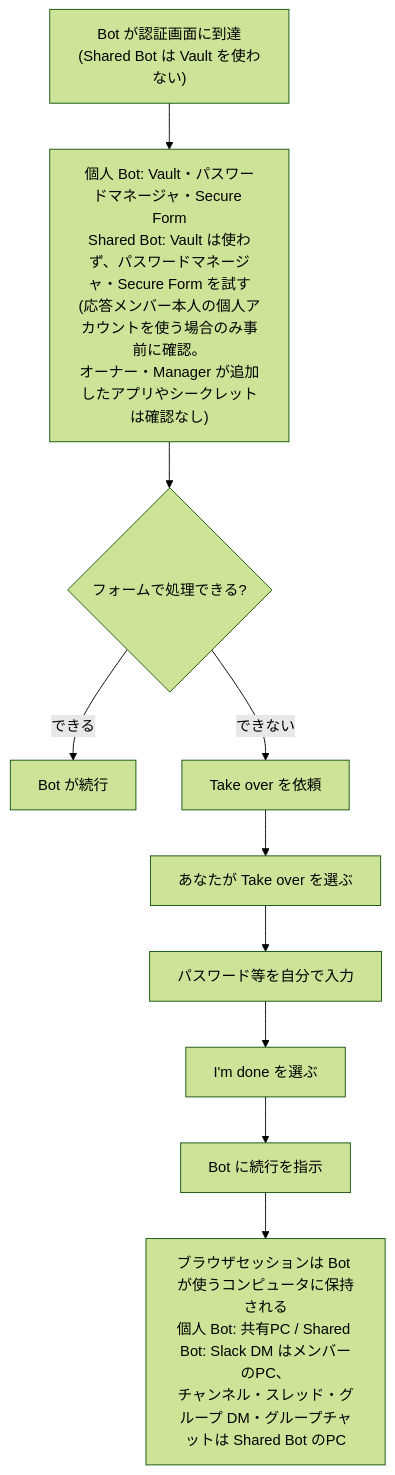
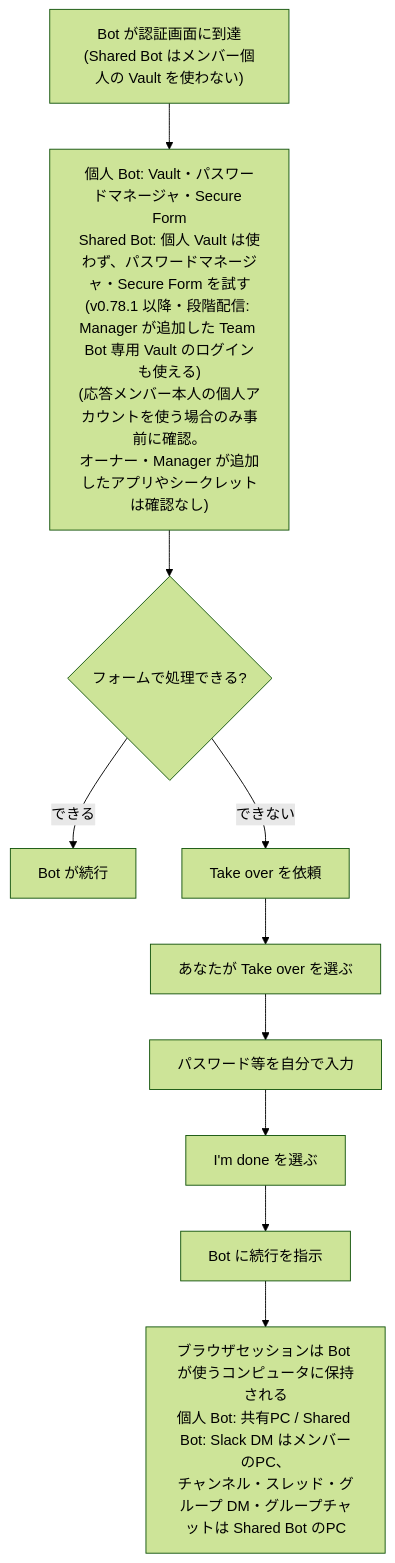
Before and after one commit to myoshi2891/Comparison-of-LLMs: the fifth of 11 diagrams in Xai-grok-bot-guide.md, drawn with Mermaid (forest theme). The commit also changed other lines of this file, not shown here.

First line of the commit message:
docs(xai): clarify shared memory scope and cite Team Bot Vault delivery status

````diff
--- a/Xai-grok-bot-guide.md
+++ b/Xai-grok-bot-guide.md
@@ -335,12 +335,12 @@
 ```mermaid
 flowchart TD
-    A["Bot が認証画面に到達<br/>(Shared Bot は Vault を使わない)"] --> V["個人 Bot: Vault・パスワードマネージャ・Secure Form<br/>Shared Bot: Vault は使わず、パスワードマネージャ・Secure Form を試す<br/>(応答メンバー本人の個人アカウントを使う場合のみ事前に確認。<br/>オーナー・Manager が追加したアプリやシークレットは確認なし)"]
+    A["Bot が認証画面に到達<br/>(Shared Bot はメンバー個人の Vault を使わない)"] --> V["個人 Bot: Vault・パスワードマネージャ・Secure Form<br/>Shared Bot: 個人 Vault は使わず、パスワードマネージャ・Secure Form を試す<br/>(v0.78.1 以降・段階配信: Manager が追加した Team Bot 専用 Vault のログインも使える)<br/>(応答メンバー本人の個人アカウントを使う場合のみ事前に確認。<br/>オーナー・Manager が追加したアプリやシークレットは確認なし)"]
     V --> Q{"フォームで処理できる?"}
     Q -- "できる" --> OK["Bot が続行"]
     Q -- "できない" --> B["Take over を依頼"]
     B --> C["あなたが Take over を選ぶ"]
     C --> D["パスワード等を自分で入力"]
     D --> E["I'm done を選ぶ"]
     E --> F["Bot に続行を指示"]
     F --> G["ブラウザセッションは Bot が使うコンピュータに保持される<br/>個人 Bot: 共有PC / Shared Bot: Slack DM はメンバーのPC、<br/>チャンネル・スレッド・グループ DM・グループチャットは Shared Bot のPC"]
 ```
````
